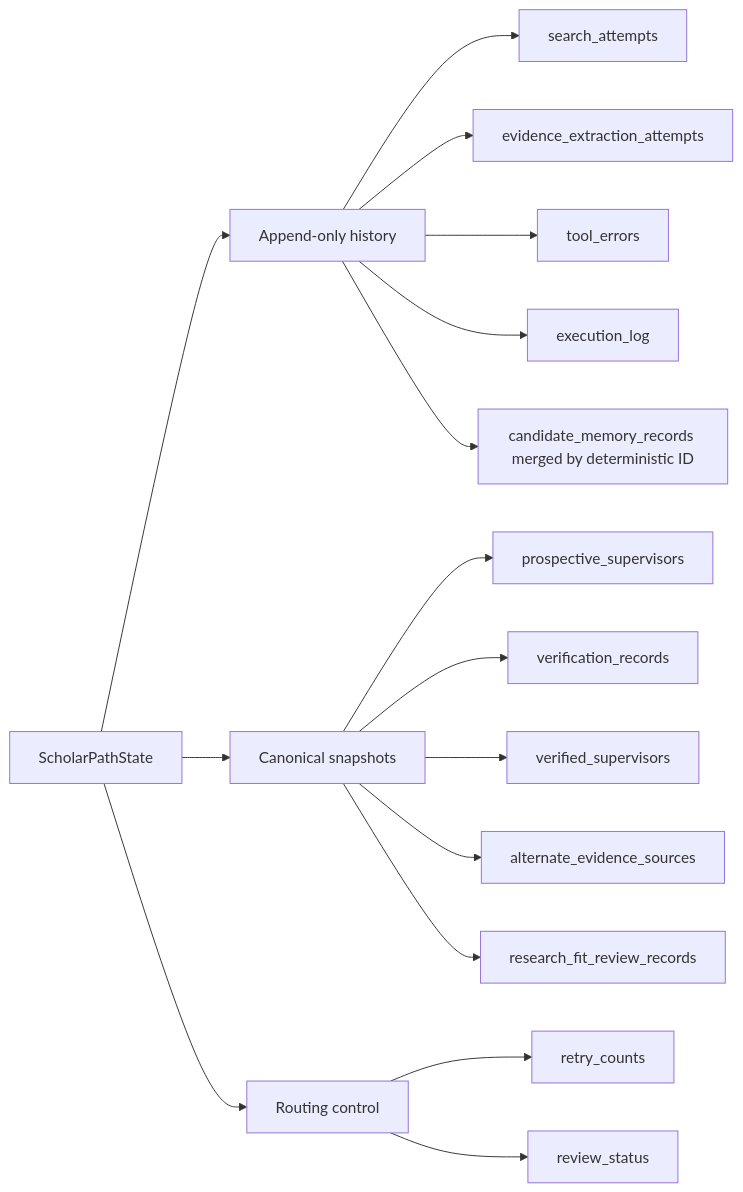
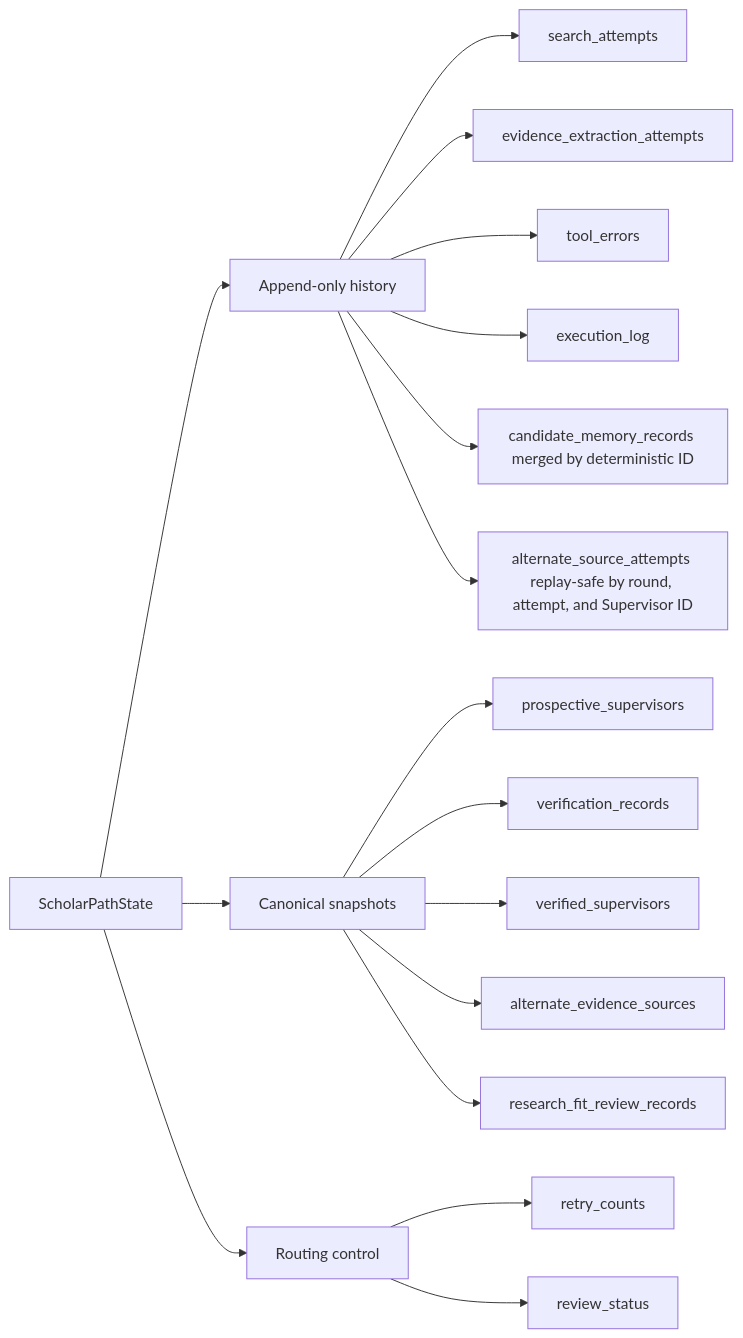
Before and after one commit to shanly-rajan/ai-builder: diagram 20 of 24 in projects/scholar-path/docs/architecture.md, drawn with Mermaid. The commit also changed other lines of this file and 31 other files, not shown here.

Commit message:
fix: add privacy-safe alternate source diagnostics

````diff
--- a/projects/scholar-path/docs/architecture.md
+++ b/projects/scholar-path/docs/architecture.md
@@ -798,18 +798,19 @@
 ```mermaid
 flowchart LR
     STATE[ScholarPathState] --> HIST[Append-only history]
     STATE --> SNAP[Canonical snapshots]
     STATE --> CONTROL[Routing control]
     HIST --> SA[search_attempts]
     HIST --> EA[evidence_extraction_attempts]
     HIST --> ERR[tool_errors]
     HIST --> LOG[execution_log]
     HIST --> MEM[candidate_memory_records merged by deterministic ID]
+    HIST --> ASA[alternate_source_attempts replay-safe by round, attempt, and Supervisor ID]
     SNAP --> PS[prospective_supervisors]
     SNAP --> VR[verification_records]
     SNAP --> VS[verified_supervisors]
     SNAP --> AES[alternate_evidence_sources]
     SNAP --> IR[research_fit_review_records]
     CONTROL --> RETRY[retry_counts]
     CONTROL --> STATUS[review_status]
 ```
````
